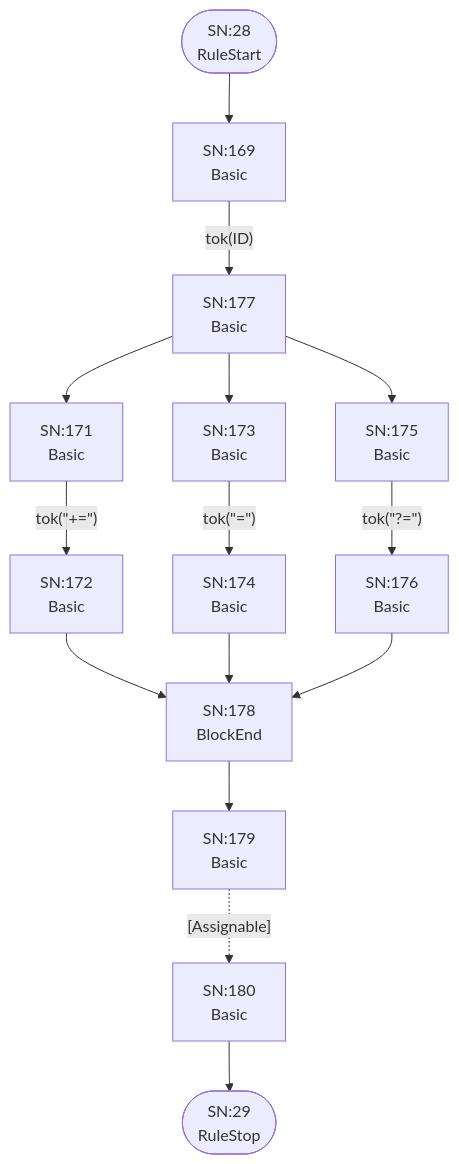
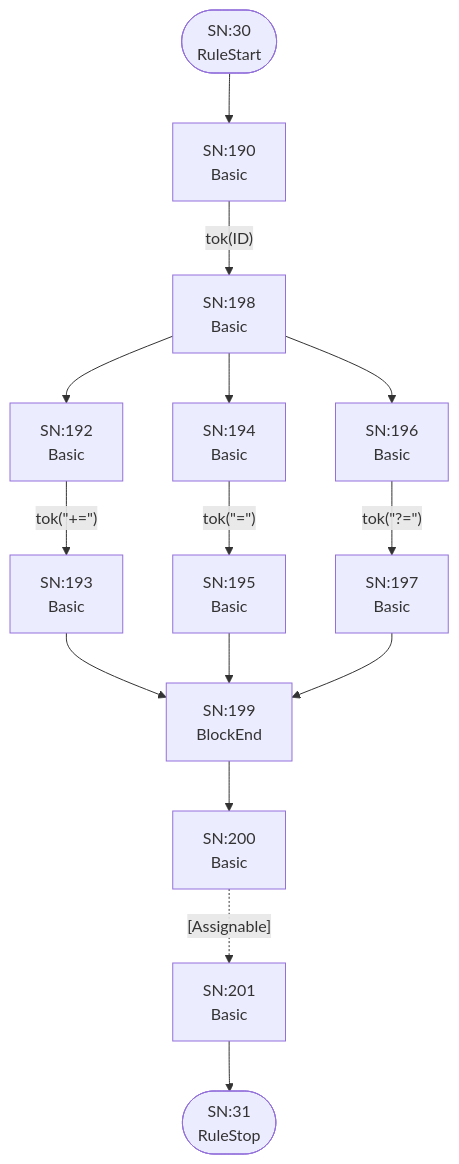
One commit to TypeFox/fastbelt changed diagram 16 of 26 in internal/grammar/atn.md. Above: the diagram before and after it, drawn with Mermaid. The commit also changed other lines of this file and 22 other files, not shown here.

````diff
--- a/internal/grammar/atn.md
+++ b/internal/grammar/atn.md
@@ -409,31 +461,31 @@
 ```mermaid
 flowchart TD
-    q28(["SN:28<br/>RuleStart"])
-    q29(["SN:29<br/>RuleStop"])
-    q169["SN:169<br/>Basic<br/>"]
-    q170["SN:171<br/>Basic<br/>"]
-    q171["SN:172<br/>Basic<br/>"]
-    q172["SN:173<br/>Basic<br/>"]
-    q173["SN:174<br/>Basic<br/>"]
-    q174["SN:175<br/>Basic<br/>"]
-    q175["SN:176<br/>Basic<br/>"]
-    q176["SN:177<br/>Basic<br/>"]
-    q177["SN:178<br/>BlockEnd<br/>"]
-    q178["SN:179<br/>Basic<br/>"]
-    q179["SN:180<br/>Basic<br/>"]
+    q30(["SN:30<br/>RuleStart"])
+    q31(["SN:31<br/>RuleStop"])
+    q190["SN:190<br/>Basic<br/>"]
+    q191["SN:192<br/>Basic<br/>"]
+    q192["SN:193<br/>Basic<br/>"]
+    q193["SN:194<br/>Basic<br/>"]
+    q194["SN:195<br/>Basic<br/>"]
+    q195["SN:196<br/>Basic<br/>"]
+    q196["SN:197<br/>Basic<br/>"]
+    q197["SN:198<br/>Basic<br/>"]
+    q198["SN:199<br/>BlockEnd<br/>"]
+    q199["SN:200<br/>Basic<br/>"]
+    q200["SN:201<br/>Basic<br/>"]
 
-    q28 --> q169
-    q169 -->|"tok(ID)"| q176
-    q170 -->|"tok(&quot;+=&quot;)"| q171
-    q171 --> q177
-    q172 -->|"tok(&quot;=&quot;)"| q173
-    q173 --> q177
-    q174 -->|"tok(&quot;?=&quot;)"| q175
-    q175 --> q177
-    q176 --> q170
-    q176 --> q172
-    q176 --> q174
-    q177 --> q178
-    q178 -.->|"[Assignable]"| q179
-    q179 --> q29
+    q30 --> q190
+    q190 -->|"tok(ID)"| q197
+    q191 -->|"tok(&quot;+=&quot;)"| q192
+    q192 --> q198
+    q193 -->|"tok(&quot;=&quot;)"| q194
+    q194 --> q198
+    q195 -->|"tok(&quot;?=&quot;)"| q196
+    q196 --> q198
+    q197 --> q191
+    q197 --> q193
+    q197 --> q195
+    q198 --> q199
+    q199 -.->|"[Assignable]"| q200
+    q200 --> q31
 ```
````
